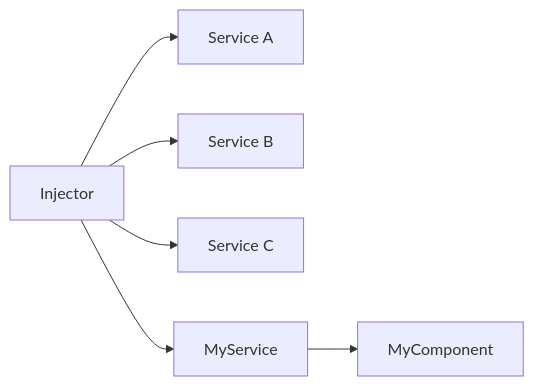
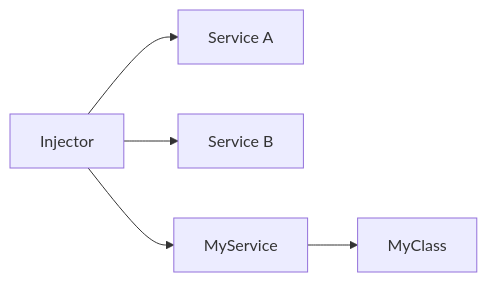
The second of 3 diagrams in slides.md (giorgiogalassi/infinity-guantlet), drawn with Mermaid before and after one commit. The commit also changed other lines of this file, not shown here.

````diff
--- a/slides.md
+++ b/slides.md
@@ -284,8 +283,7 @@
 ```mermaid
 graph LR
   I[Injector] --> S1[Service A]
-  I --> S2[Service B]
-  I --> S3[Service C]
+  I --> S3[Service B]
   I --> M[MyService]
-  M --> C[MyComponent]
+  M --> C[MyClass]
 ```
````
